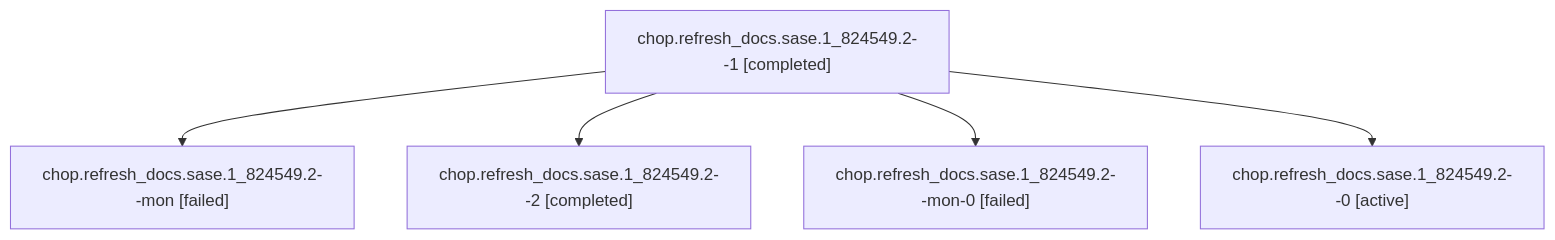
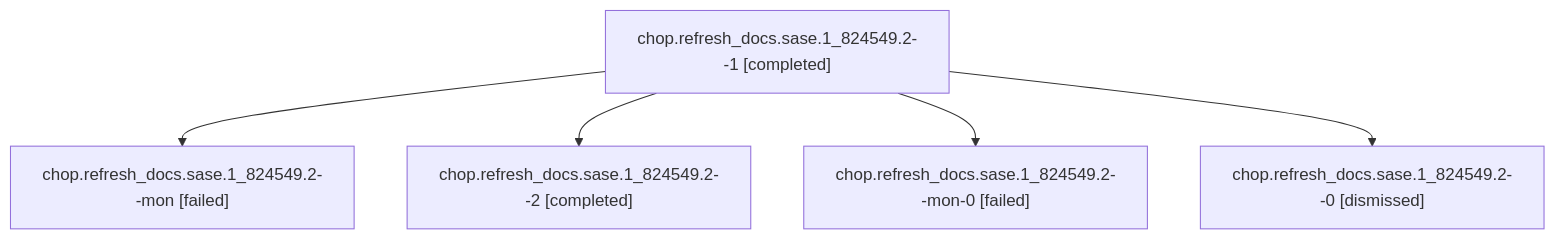
Before and after one commit to sase-org/sase--agents: the diagram in sessions/bbugyi200.athena.chop.refresh_docs.sase.1_824549.2.md, drawn with Mermaid. The commit also changed other lines of this file and 351 other files, not shown here.

````diff
--- a/sessions/bbugyi200.athena.chop.refresh_docs.sase.1_824549.2.md
+++ b/sessions/bbugyi200.athena.chop.refresh_docs.sase.1_824549.2.md
@@ -9,12 +9,12 @@
 ```mermaid
 flowchart TD
   n0["chop.refresh_docs.sase.1_824549.2--1 [completed]"]
   n1["chop.refresh_docs.sase.1_824549.2--mon [failed]"]
   n0 --> n1
   n2["chop.refresh_docs.sase.1_824549.2--2 [completed]"]
   n0 --> n2
   n3["chop.refresh_docs.sase.1_824549.2--mon-0 [failed]"]
   n0 --> n3
-  n4["chop.refresh_docs.sase.1_824549.2--0 [active]"]
+  n4["chop.refresh_docs.sase.1_824549.2--0 [dismissed]"]
   n0 --> n4
 ```
````
